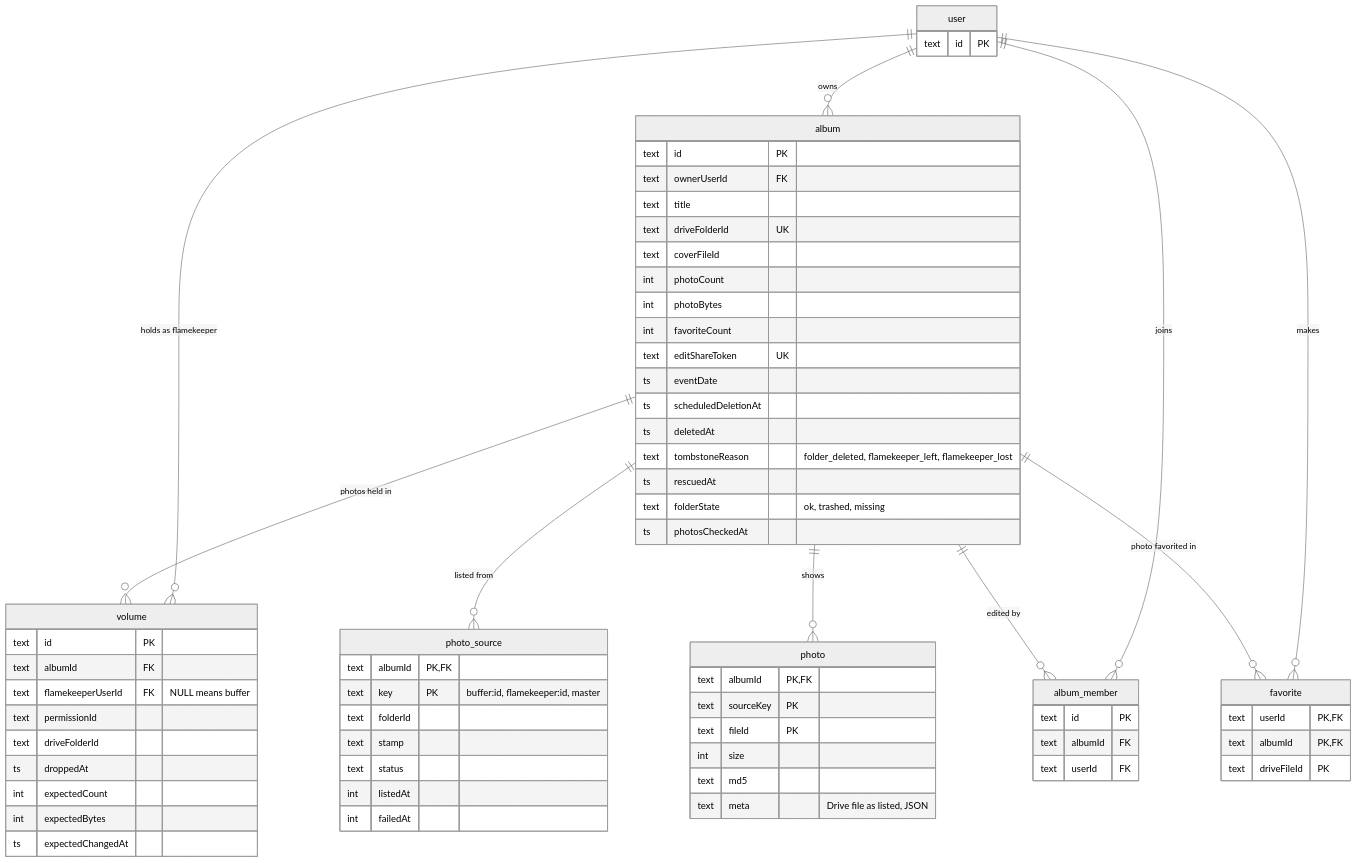
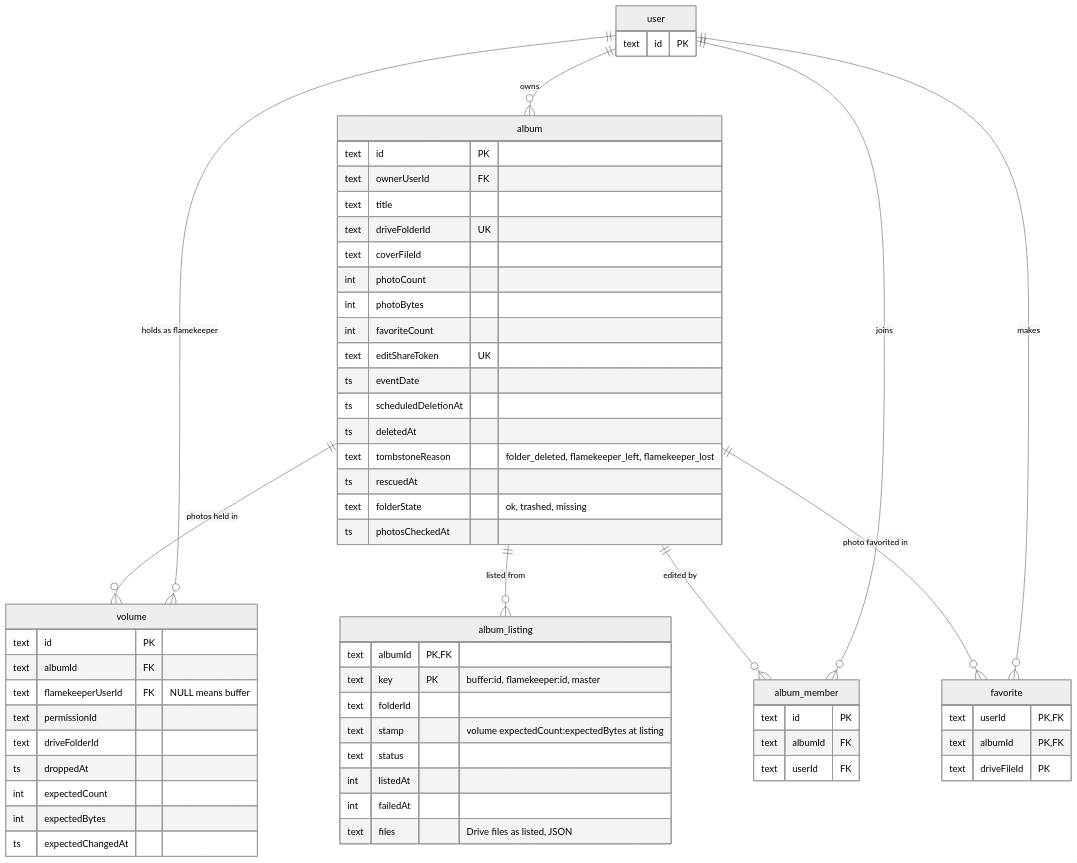
One commit to sagyzdop/meriksirat changed the diagram in docs/scenarios/erd/albums-and-storage.md. Above: the diagram before and after it, drawn with Mermaid (neutral theme). The commit also changed other lines of this file and 13 other files, not shown here.

Commit message:
docs: document album_listing and move kv scenarios to state

````diff
--- a/docs/scenarios/erd/albums-and-storage.md
+++ b/docs/scenarios/erd/albums-and-storage.md
@@ -5,71 +5,63 @@
 ```mermaid
 erDiagram
     user ||--o{ album : owns
     album ||--o{ volume : "photos held in"
-    album ||--o{ photo_source : "listed from"
-    album ||--o{ photo : shows
+    album ||--o{ album_listing : "listed from"
     user ||--o{ volume : "holds as flamekeeper"
     album ||--o{ album_member : "edited by"
     user ||--o{ album_member : joins
     album ||--o{ favorite : "photo favorited in"
     user ||--o{ favorite : makes
     album {
         text id PK
         text ownerUserId FK
         text title
         text driveFolderId UK
         text coverFileId
         int photoCount
         int photoBytes
         int favoriteCount
         text editShareToken UK
         ts eventDate
         ts scheduledDeletionAt
         ts deletedAt
         text tombstoneReason "folder_deleted, flamekeeper_left, flamekeeper_lost"
         ts rescuedAt
         text folderState "ok, trashed, missing"
         ts photosCheckedAt
     }
-    photo_source {
+    album_listing {
         text albumId PK, FK
         text key PK "buffer:id, flamekeeper:id, master"
         text folderId
-        text stamp
+        text stamp "volume expectedCount:expectedBytes at listing"
         text status
         int listedAt
         int failedAt
-    }
-    photo {
-        text albumId PK, FK
-        text sourceKey PK
-        text fileId PK
-        int size
-        text md5
-        text meta "Drive file as listed, JSON"
+        text files "Drive files as listed, JSON"
     }
     volume {
         text id PK
         text albumId FK
         text flamekeeperUserId FK "NULL means buffer"
         text permissionId
         text driveFolderId
         ts droppedAt
         int expectedCount
         int expectedBytes
         ts expectedChangedAt
     }
     album_member {
         text id PK
         text albumId FK
         text userId FK
     }
     favorite {
         text userId PK, FK
         text albumId PK, FK
         text driveFileId PK
     }
     user {
         text id PK
     }
 ```
````
